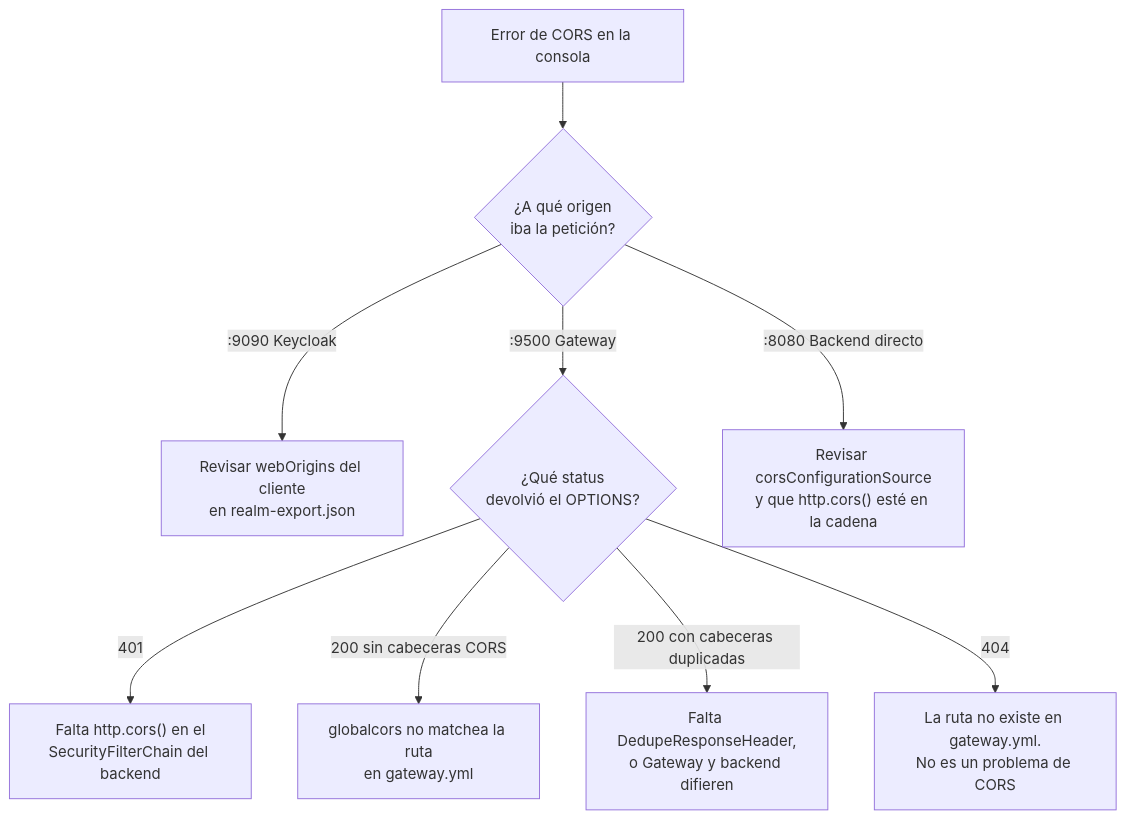
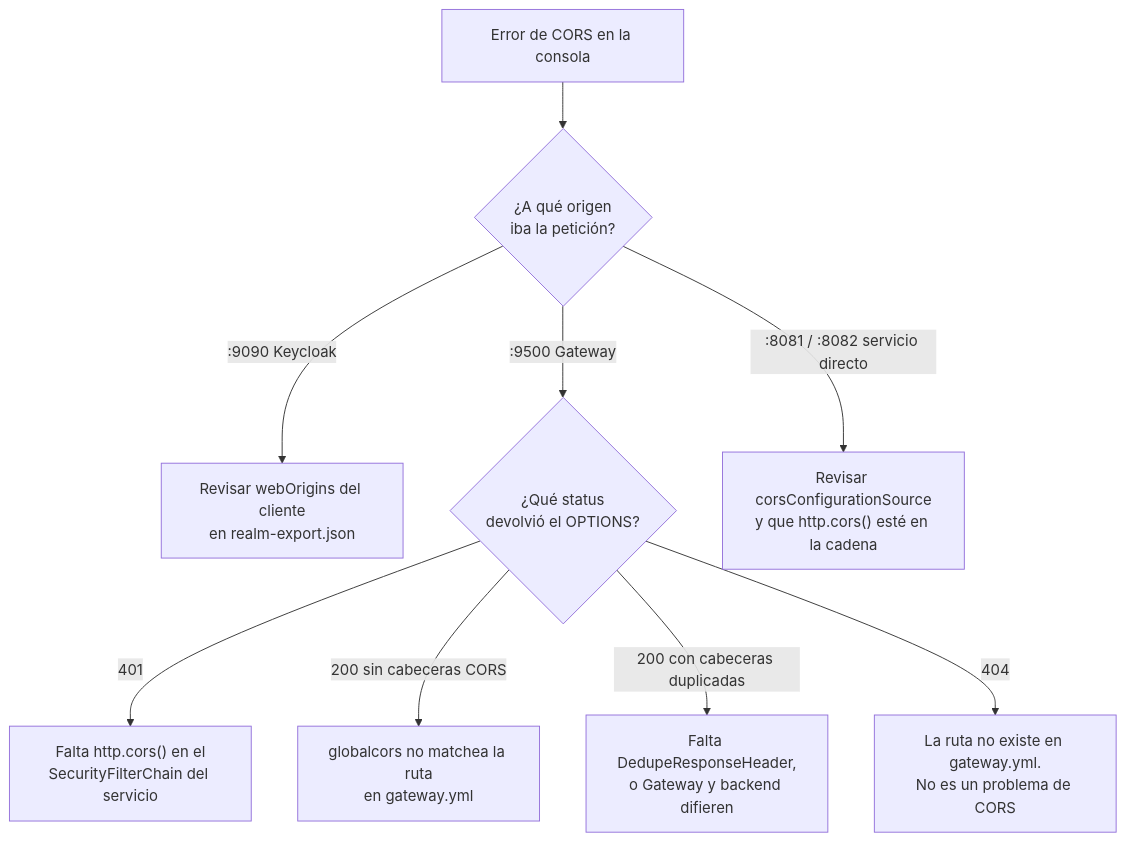
The third of 3 diagrams in docs/CORS.md (hmunoz/springboot-sso), drawn with Mermaid before and after one commit. The commit also changed other lines of this file and 7 other files, not shown here.

Commit message:
docs: update Keycloak realm configuration and documentation for dual-service architecture

````diff
--- a/docs/CORS.md
+++ b/docs/CORS.md
@@ -259,13 +262,13 @@
 ```mermaid
 flowchart TD
     E["Error de CORS en la consola"] --> Q1{"¿A qué origen<br/>iba la petición?"}
 
     Q1 -- ":9090 Keycloak" --> KC["Revisar webOrigins del cliente<br/>en realm-export.json"]
     Q1 -- ":9500 Gateway" --> Q2
-    Q1 -- ":8080 Backend directo" --> BE["Revisar corsConfigurationSource<br/>y que http.cors() esté en la cadena"]
+    Q1 -- ":8081 / :8082 servicio directo" --> BE["Revisar corsConfigurationSource<br/>y que http.cors() esté en la cadena"]
 
-    Q2{"¿Qué status<br/>devolvió el OPTIONS?"} -- "401" --> A401["Falta http.cors() en el<br/>SecurityFilterChain del backend"]
+    Q2{"¿Qué status<br/>devolvió el OPTIONS?"} -- "401" --> A401["Falta http.cors() en el<br/>SecurityFilterChain del servicio"]
     Q2 -- "200 sin cabeceras CORS" --> A200["globalcors no matchea la ruta<br/>en gateway.yml"]
     Q2 -- "200 con cabeceras duplicadas" --> ADUP["Falta DedupeResponseHeader,<br/>o Gateway y backend difieren"]
     Q2 -- "404" --> A404["La ruta no existe en gateway.yml.<br/>No es un problema de CORS"]
 ```
````
